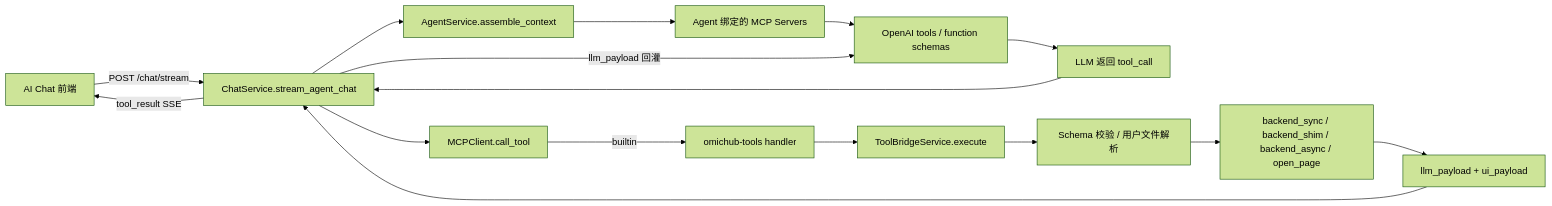
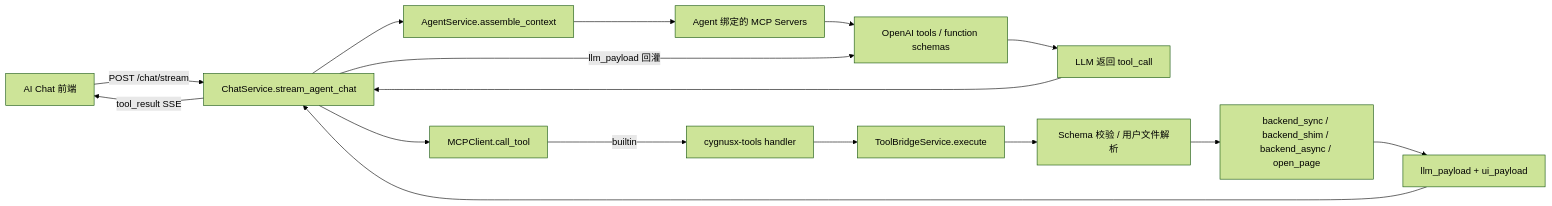
The first of 2 diagrams in flows/flows_design.md (CygnusX-Labs/CygnusX), drawn with Mermaid (forest theme) before and after one commit. The commit also changed other lines of this file and 2091 other files, not shown here.

````diff
--- a/flows/flows_design.md
+++ b/flows/flows_design.md
@@ -52,18 +52,18 @@
 ```mermaid
 flowchart LR
     A[AI Chat 前端] -->|POST /chat/stream| B[ChatService.stream_agent_chat]
     B --> C[AgentService.assemble_context]
     C --> D[Agent 绑定的 MCP Servers]
     D --> E[OpenAI tools / function schemas]
     E --> F[LLM 返回 tool_call]
     F --> B
     B --> G[MCPClient.call_tool]
-    G -->|builtin| H[omichub-tools handler]
+    G -->|builtin| H[cygnusx-tools handler]
     H --> I[ToolBridgeService.execute]
     I --> J[Schema 校验 / 用户文件解析]
     J --> K[backend_sync / backend_shim / backend_async / open_page]
     K --> L[llm_payload + ui_payload]
     L --> B
     B -->|tool_result SSE| A
     B -->|llm_payload 回灌| E
 ```
````
